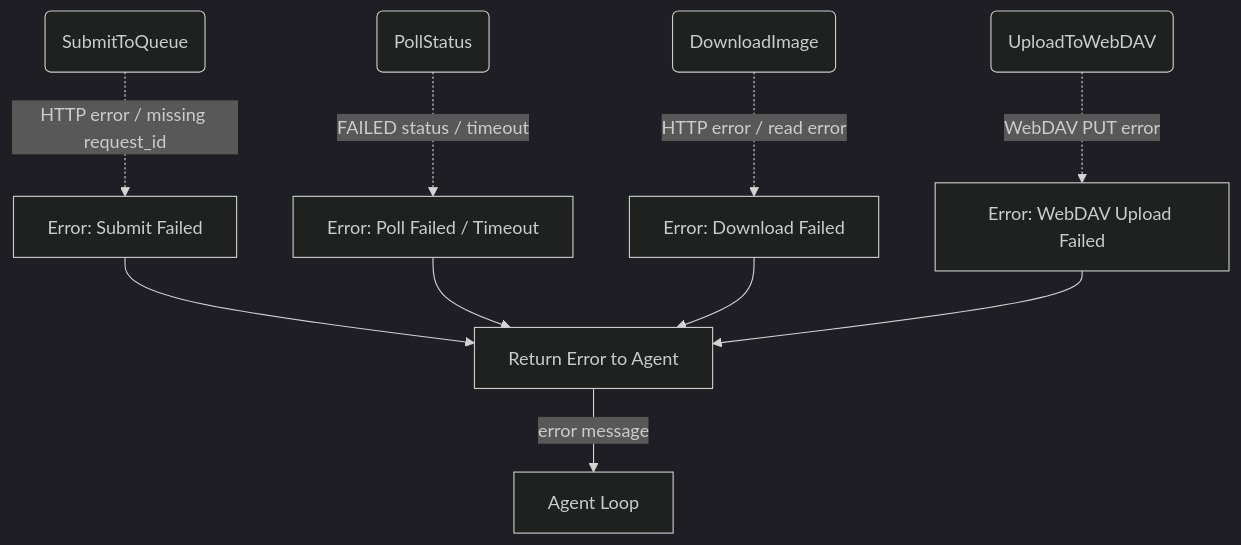
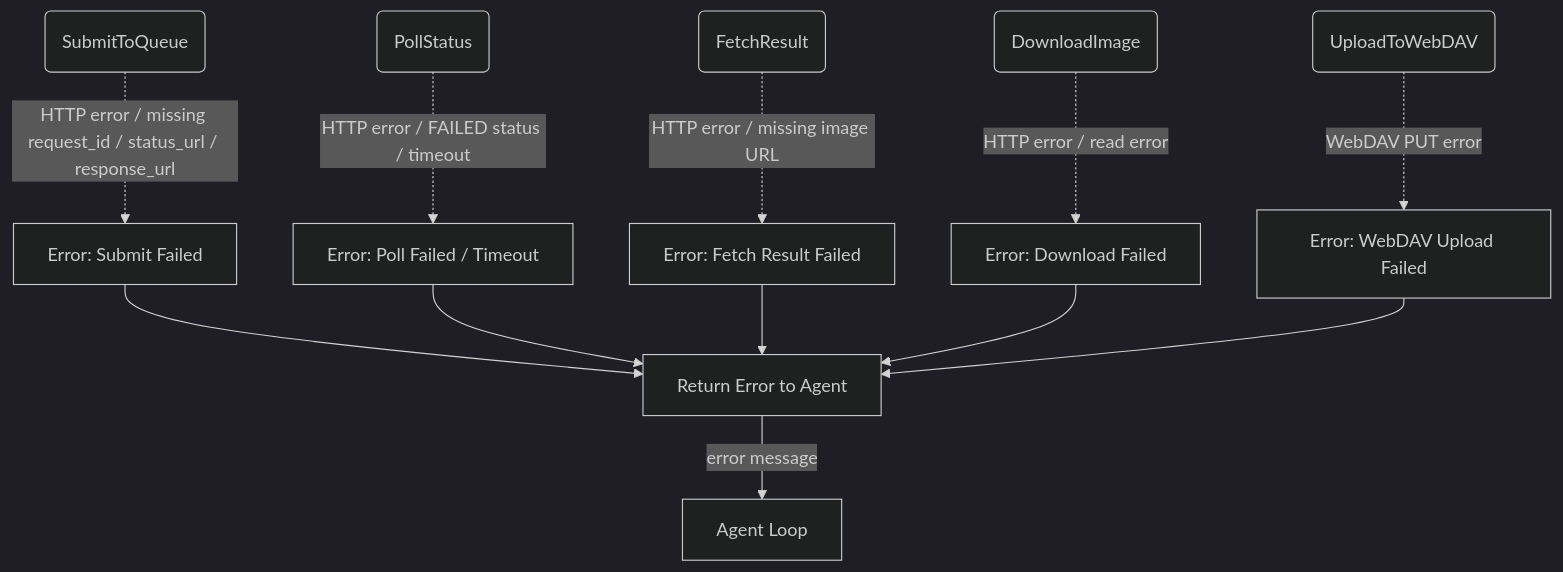
One commit to cosmoswafer/rockbot changed the second of 3 diagrams in _dfds/tools/image-gen.md. Above: the diagram before and after it, drawn with Mermaid (dark theme). The commit also changed 2 other files, not shown here.

Commit message:
deep review(fal): add HTTP status checks, expand mock tests, update DFD
DFD vs code deep review findings:
- Add HTTP status code checks in poll_status and fetch_result before JSON
  parsing, preventing misleading parse errors on non-2xx responses.
- Add ERR_FETCH edge to DFD error handling diagram.
- Update DFD error edge labels to reflect new checks (HTTP error / missing
  status_url / response_url).

Mock test coverage added:
- test_fal_poll_status_http_error — poll returns 503
- test_fal_submit_missing_status_url — submit response omits status_url
- test_fal_submit_missing_response_url — submit response omits response_url

All 296 non-ignored tests pass. Mermaid syntax validated (3/3 blocks OK).

````diff
--- a/_dfds/tools/image-gen.md
+++ b/_dfds/tools/image-gen.md
@@ -64,22 +64,26 @@
 ```mermaid
 flowchart TD
     SUBMIT(SubmitToQueue)
     POLL(PollStatus)
+    FETCH(FetchResult)
     DOWNLOAD(DownloadImage)
     UPLOAD(UploadToWebDAV)
     ERR_SUBMIT[Error: Submit Failed]
     ERR_POLL[Error: Poll Failed / Timeout]
+    ERR_FETCH[Error: Fetch Result Failed]
     ERR_DOWNLOAD[Error: Download Failed]
     ERR_UPLOAD[Error: WebDAV Upload Failed]
     FALLBACK[Return Error to Agent]
 
-    SUBMIT -.->|"HTTP error / missing request_id"| ERR_SUBMIT
-    POLL -.->|"FAILED status / timeout"| ERR_POLL
+    SUBMIT -.->|"HTTP error / missing request_id / status_url / response_url"| ERR_SUBMIT
+    POLL -.->|"HTTP error / FAILED status / timeout"| ERR_POLL
+    FETCH -.->|"HTTP error / missing image URL"| ERR_FETCH
     DOWNLOAD -.->|"HTTP error / read error"| ERR_DOWNLOAD
     UPLOAD -.->|"WebDAV PUT error"| ERR_UPLOAD
     ERR_SUBMIT --> FALLBACK
     ERR_POLL --> FALLBACK
+    ERR_FETCH --> FALLBACK
     ERR_DOWNLOAD --> FALLBACK
     ERR_UPLOAD --> FALLBACK
     FALLBACK -->|"error message"| AGENT[Agent Loop]
 ```
````
